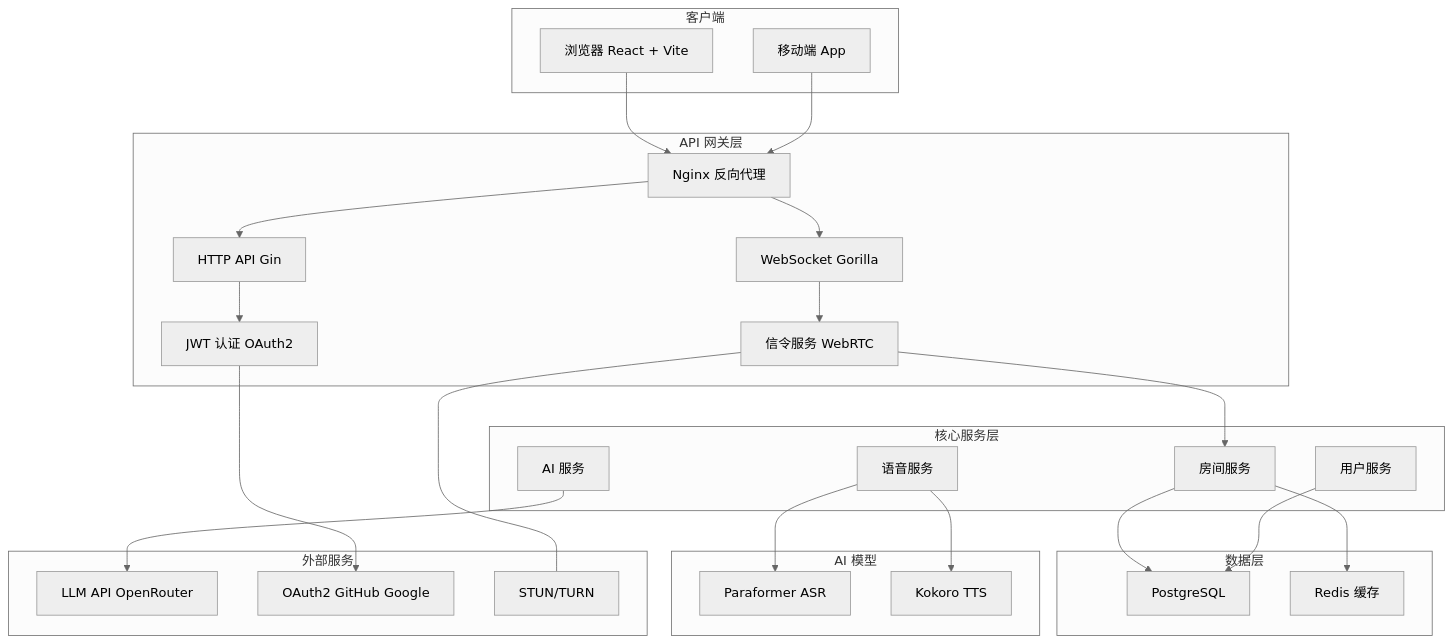
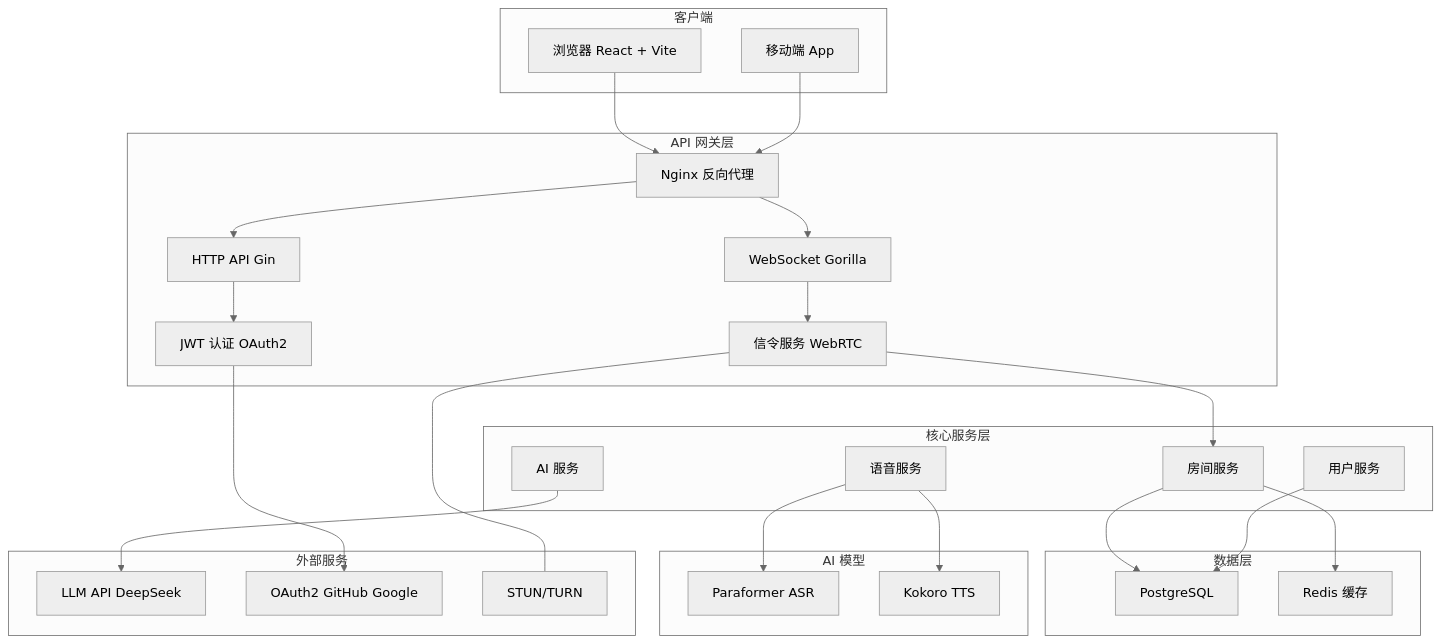
Before and after one commit to Lee4096/VoiceChat: the first of 4 diagrams in README.md, drawn with Mermaid (neutral theme). The commit also changed other lines of this file, not shown here.

Commit message:
docs: 更新 README，AI 提供商改为 DeepSeek

````diff
--- a/README.md
+++ b/README.md
@@ -40,54 +40,54 @@
 ```mermaid
 graph TB
     subgraph Client["客户端"]
         Browser["浏览器 React + Vite"]
         Mobile["移动端 App"]
     end
 
     subgraph Gateway["API 网关层"]
         Nginx["Nginx 反向代理"]
         HTTP["HTTP API Gin"]
         WS["WebSocket Gorilla"]
         Signal["信令服务 WebRTC"]
         Auth["JWT 认证 OAuth2"]
     end
 
     subgraph Core["核心服务层"]
         Room["房间服务"]
         User["用户服务"]
         Voice["语音服务"]
         AI["AI 服务"]
     end
 
     subgraph Data["数据层"]
         PG["PostgreSQL"]
         Redis["Redis 缓存"]
     end
 
     subgraph AIModels["AI 模型"]
         ASR["Paraformer ASR"]
         TTS["Kokoro TTS"]
     end
 
     subgraph External["外部服务"]
-        LLM["LLM API OpenRouter"]
+        LLM["LLM API DeepSeek"]
         OAuth["OAuth2 GitHub Google"]
         STUN["STUN/TURN"]
     end
 
     Browser --> Nginx
     Mobile --> Nginx
     Nginx --> HTTP
     Nginx --> WS
     HTTP --> Auth
     WS --> Signal
     Signal --> Room
     Room --> PG
     Room --> Redis
     User --> PG
     Voice --> ASR
     Voice --> TTS
     AI --> LLM
     Auth --> OAuth
     Signal --- STUN
 ```
````
